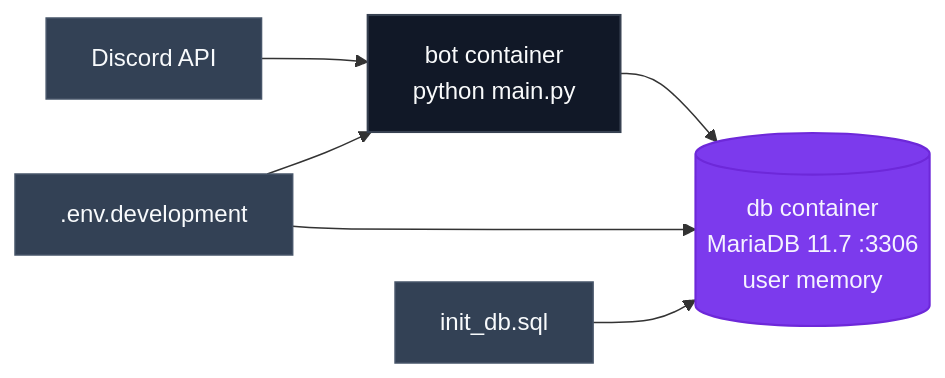
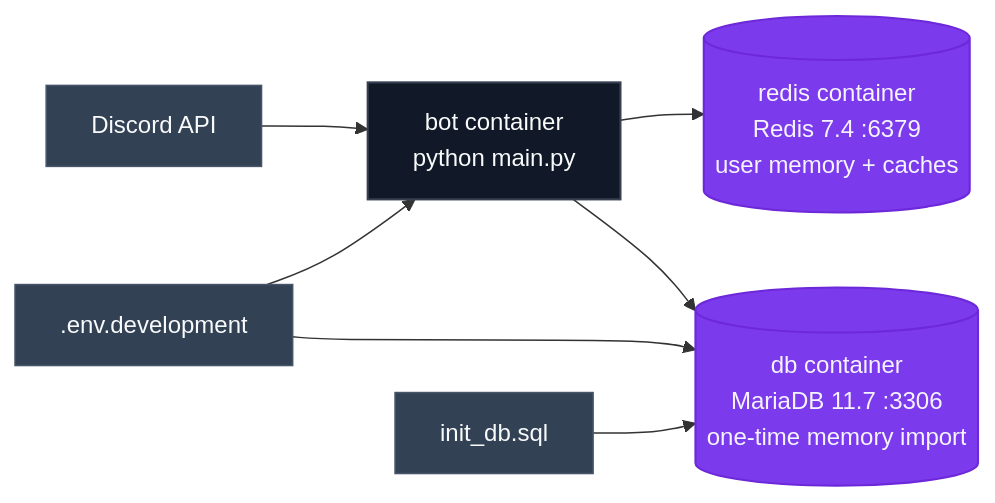
Before and after one commit to jobeus/cmwgpt: the fifth of 5 diagrams in docs/architecture.md, drawn with Mermaid. The commit also changed other lines of this file and 37 other files, not shown here.

First line of the commit message:
feat(storage): keep user memory and content caches in Redis

````diff
--- a/docs/architecture.md
+++ b/docs/architecture.md
@@ -246,13 +246,14 @@
 ```mermaid
 flowchart LR
     classDef ext fill:#334155,color:#f8fafc,stroke:#475569,stroke-width:1px;
     classDef ctr fill:#111827,color:#f9fafb,stroke:#374151,stroke-width:1.4px;
     classDef db fill:#7c3aed,color:#f5f3ff,stroke:#6d28d9,stroke-width:1.4px;
 
     Discord[Discord API]:::ext --> Bot[bot container<br/>python main.py]:::ctr
-    Bot --> Maria[(db container<br/>MariaDB 11.7 :3306<br/>user memory)]:::db
+    Bot --> Redis[(redis container<br/>Redis 7.4 :6379<br/>user memory + caches)]:::db
+    Bot --> Maria[(db container<br/>MariaDB 11.7 :3306<br/>one-time memory import)]:::db
 
     Env[.env.development]:::ext --> Bot
     Env --> Maria
     SQL[init_db.sql]:::ext --> Maria
 ```
````
